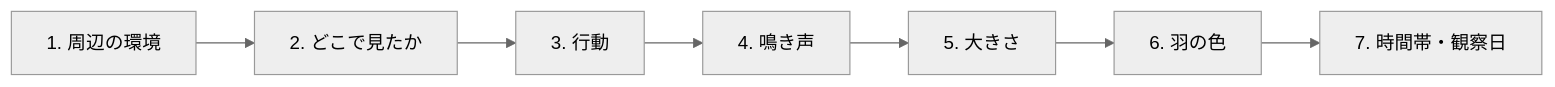
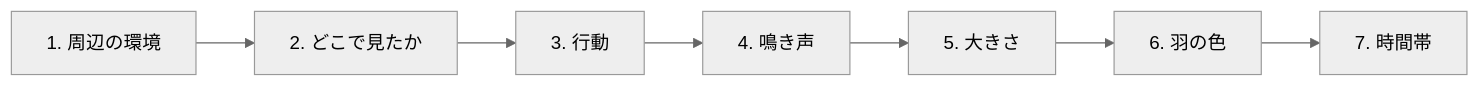
The third of 4 diagrams in docs/selection-options.md (uchi-stock/bird-finder), drawn with Mermaid (neutral theme) before and after one commit. The commit also changed other lines of this file and 6 other files, not shown here.

````diff
--- a/docs/selection-options.md
+++ b/docs/selection-options.md
@@ -141,11 +142,11 @@
 ```mermaid
 flowchart LR
   S0["1. 周辺の環境"]
   S1["2. どこで見たか"]
   S2["3. 行動"]
   S3["4. 鳴き声"]
   S4["5. 大きさ"]
   S5["6. 羽の色"]
-  S6["7. 時間帯・観察日"]
+  S6["7. 時間帯"]
   S0 --> S1 --> S2 --> S3 --> S4 --> S5 --> S6
 ```
````
